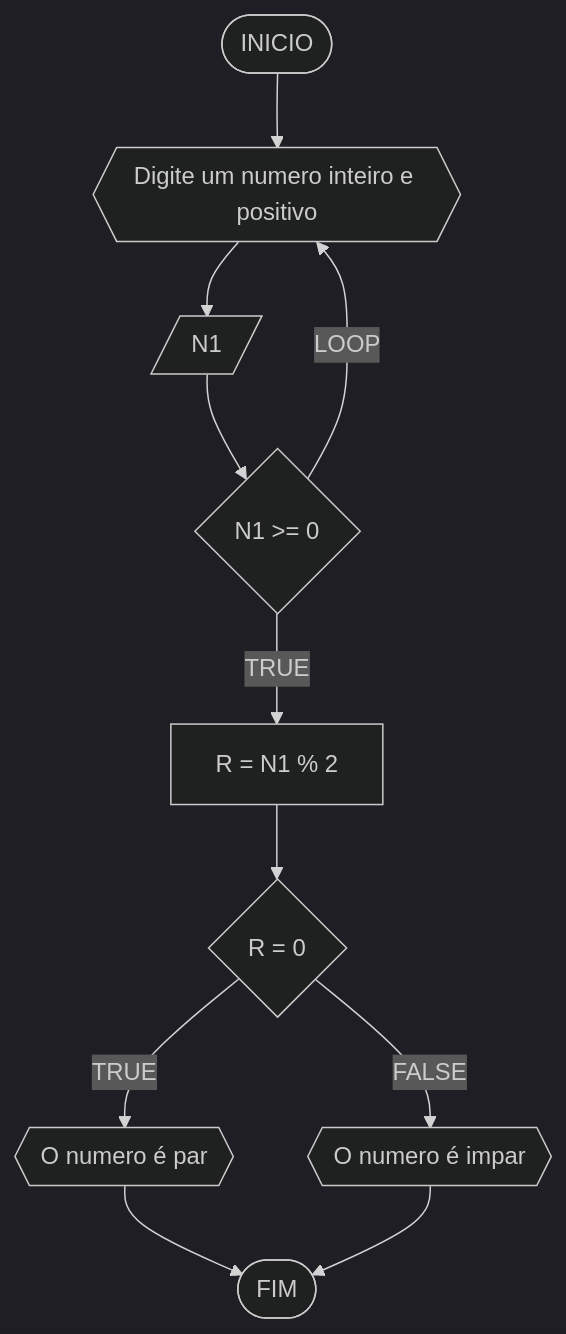
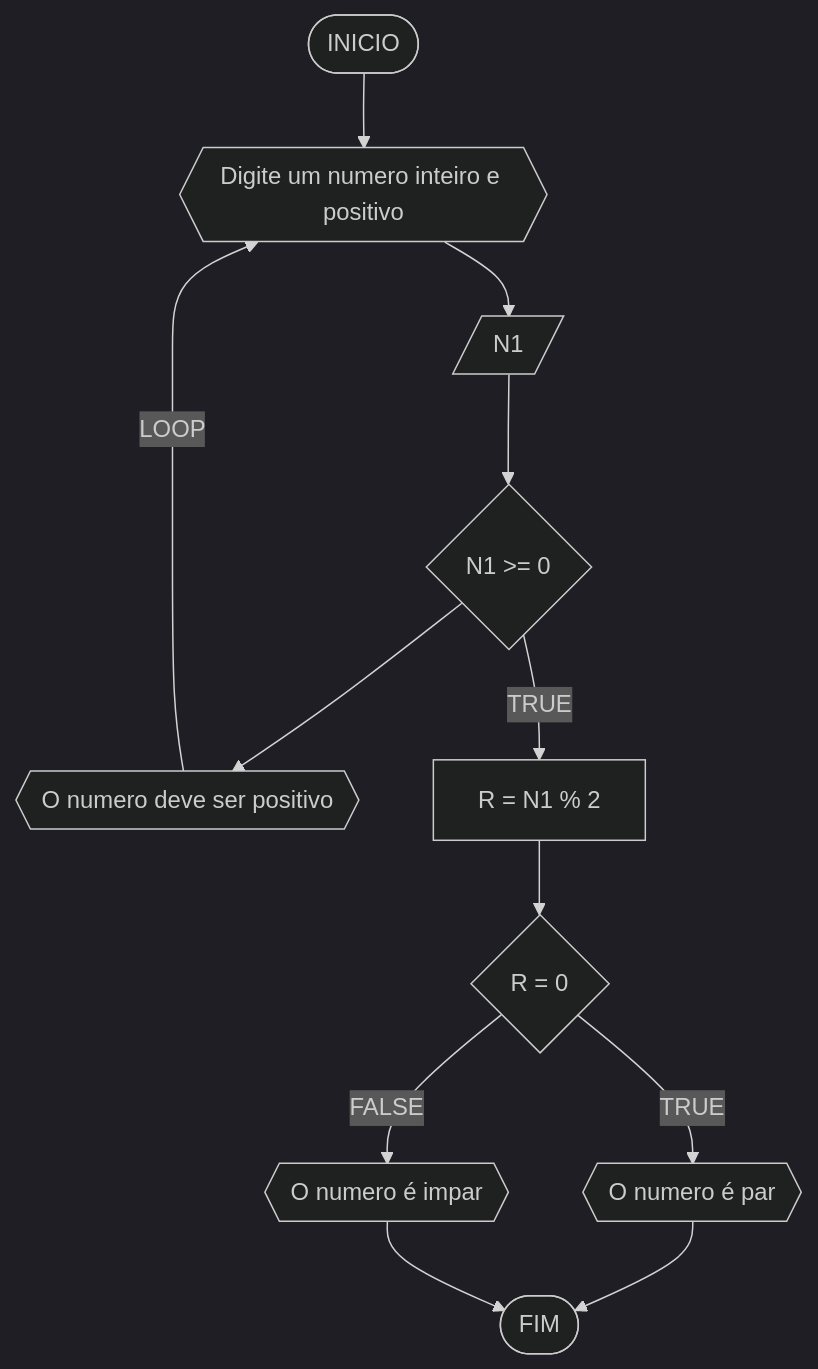
Before and after one commit to araripe0805/unifor: the third of 6 diagrams in RLA/unidade1/Lista3.md, drawn with Mermaid (dark theme). The commit also changed other lines of this file, not shown here.

````diff
--- a/RLA/unidade1/Lista3.md
+++ b/RLA/unidade1/Lista3.md
@@ -102,14 +102,15 @@
 ```mermaid
 flowchart TD
 A([INICIO]) --> B{{Digite um numero inteiro e positivo}}
 B --> C[/N1/]
 C --> D{N1 >= 0}
-D --LOOP--> B
+D --> E{{O numero deve ser positivo}}
+E --LOOP--> B
 D --TRUE--> F[R = N1 % 2]
 F --> G{R = 0}
 G --TRUE--> H{{O numero é par}}
 G --FALSE--> I{{O numero é impar}}
 H --> J([FIM])
 I --> J
 
 ```
````
